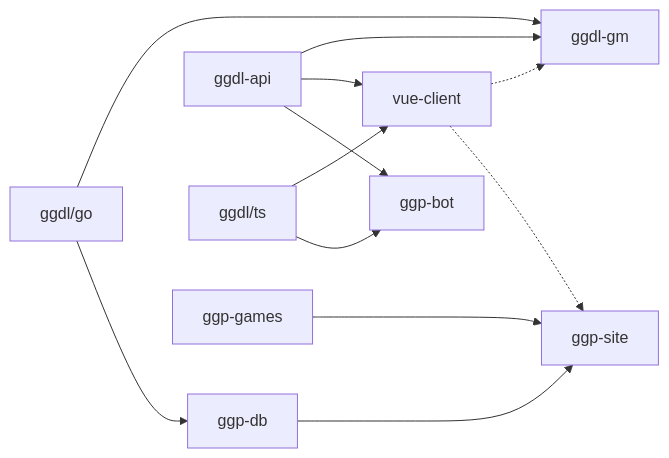
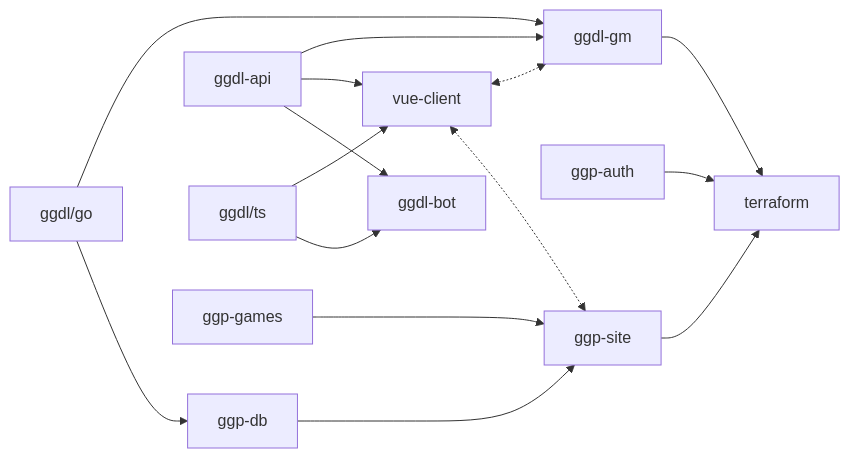
The diagram in profile/README.md (SymbolNotFound/.github), drawn with Mermaid before and after one commit.

Commit message:
update repo-dependency diagram to include terraform modules

````diff
--- a/profile/README.md
+++ b/profile/README.md
@@ -63,11 +63,14 @@
 ```mermaid
 graph LR;
     ggdl/go-->ggp-db;
     ggdl/go-->ggdl-gm;
+    ggp-auth-->terraform;
     ggp-db--->ggp-site;
-    ggdl-api & ggdl/ts --> ggp-bot & vue-client;
-    vue-client -.-> ggp-site;
-    vue-client -.-> ggdl-gm;
+    ggdl-api & ggdl/ts --> ggdl-bot & vue-client;
+    vue-client <-.-> ggp-site;
+    vue-client <-.-> ggdl-gm;
     ggdl-api-->ggdl-gm;
-    ggp-games--->ggp-site
+    ggp-games--->ggp-site;
+    ggp-site-->terraform;
+    ggdl-gm-->terraform;
 ```
````
